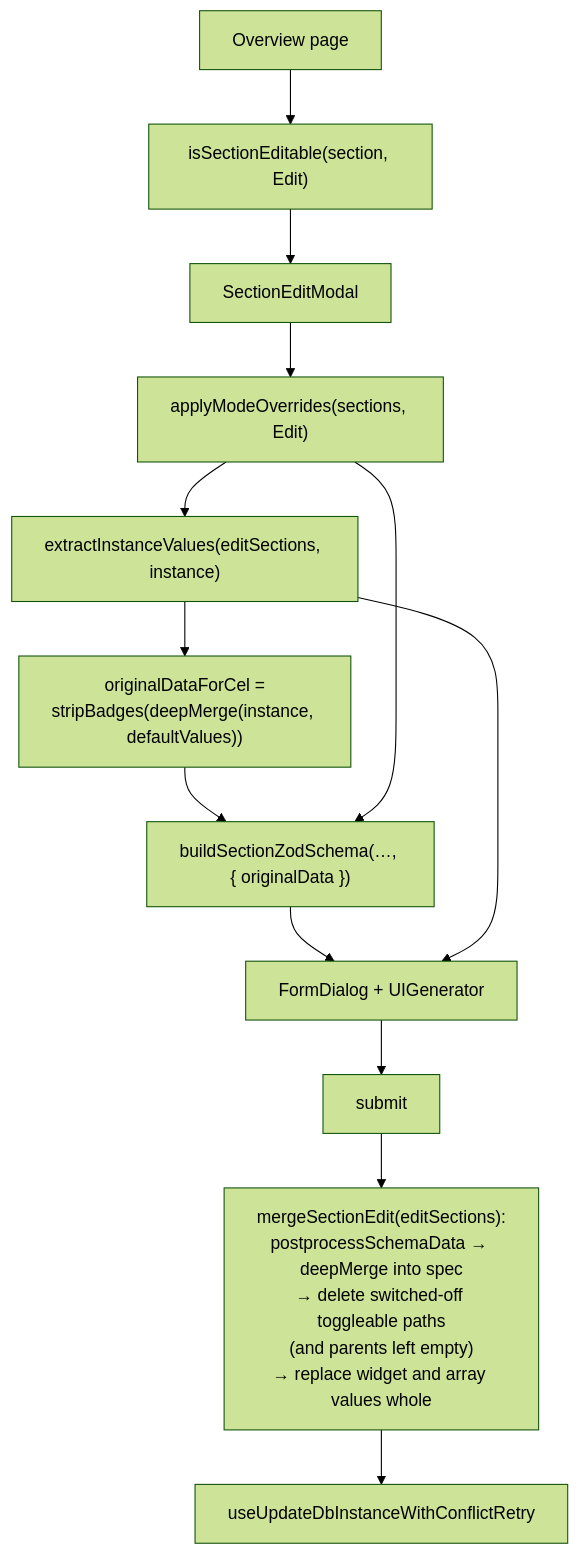
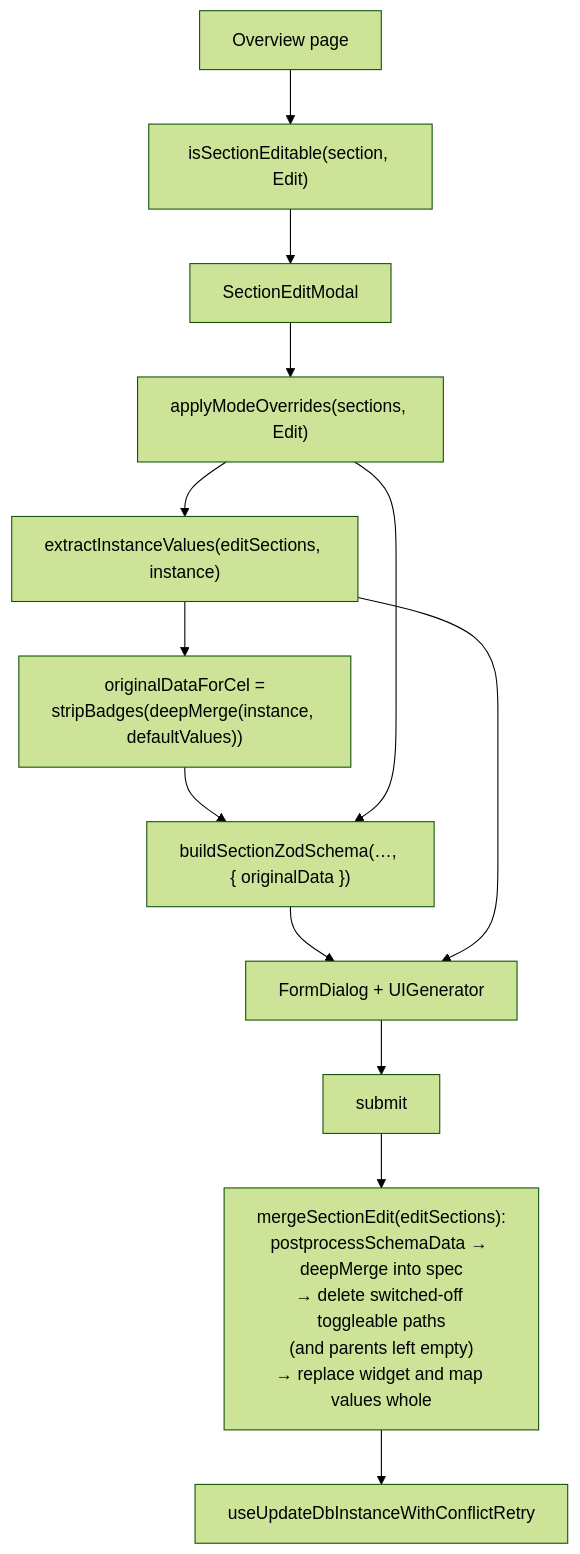
One commit to openeverest/openeverest changed the third of 3 diagrams in docs/ui/architecture/ui-generator/pipeline.md. Above: the diagram before and after it, drawn with Mermaid (forest theme). The commit also changed other lines of this file and 44 other files, not shown here.

First line of the commit message:
feat(ui-generator): turn the array field into a map field (Tech Preview)

````diff
--- a/docs/ui/architecture/ui-generator/pipeline.md
+++ b/docs/ui/architecture/ui-generator/pipeline.md
@@ -229,15 +237,15 @@
 ```mermaid
 flowchart TD
   OVERVIEW["Overview page"] --> EDITABLE["isSectionEditable(section, Edit)"]
   EDITABLE --> MODAL["SectionEditModal"]
   MODAL --> MODE["applyModeOverrides(sections, Edit)"]
   MODE --> VALUES["extractInstanceValues(editSections, instance)"]
   VALUES --> ORIGINAL["originalDataForCel =<br/>stripBadges(deepMerge(instance, defaultValues))"]
   ORIGINAL --> ZOD_EDIT["buildSectionZodSchema(…, { originalData })"]
   MODE --> ZOD_EDIT
   ZOD_EDIT --> FORM["FormDialog + UIGenerator"]
   VALUES --> FORM
   FORM --> SUBMIT["submit"]
-  SUBMIT --> MERGE["mergeSectionEdit(editSections):<br/>postprocessSchemaData → deepMerge into spec<br/>→ delete switched-off toggleable paths<br/>(and parents left empty)<br/>→ replace widget and array values whole"]
+  SUBMIT --> MERGE["mergeSectionEdit(editSections):<br/>postprocessSchemaData → deepMerge into spec<br/>→ delete switched-off toggleable paths<br/>(and parents left empty)<br/>→ replace widget and map values whole"]
   MERGE --> UPDATE["useUpdateDbInstanceWithConflictRetry"]
 ```
````
